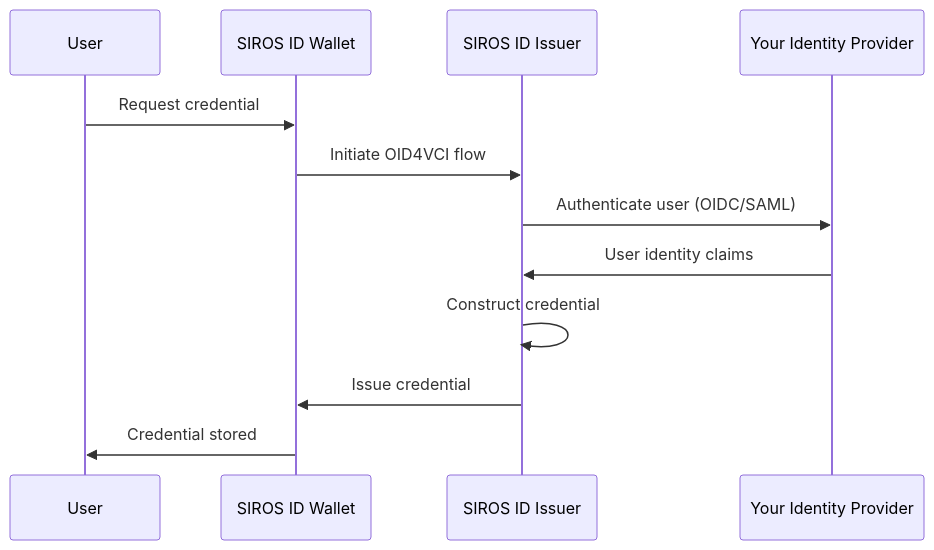
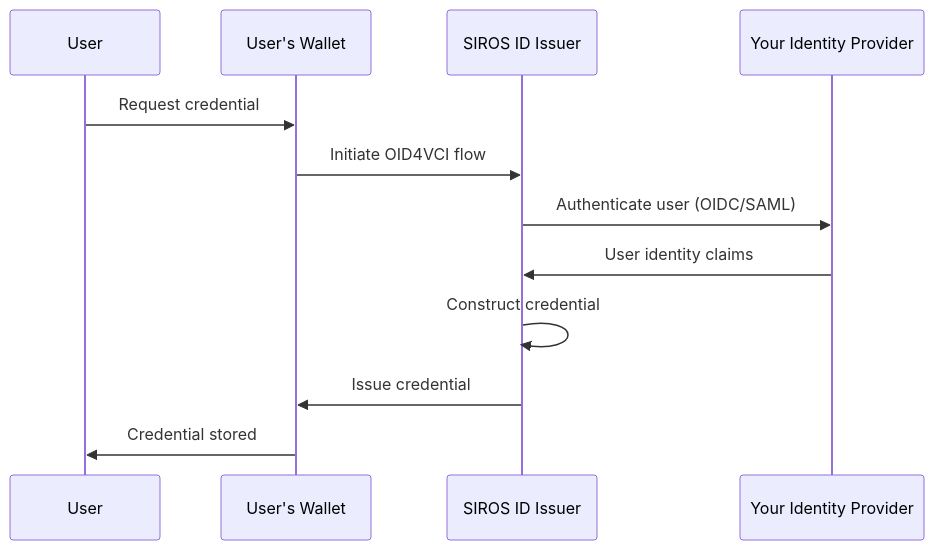
Before and after one commit to sirosfoundation/docs: the diagram in docs/sirosid/issuers/issuer.md, drawn with Mermaid. The commit also changed other lines of this file, not shown here.

````diff
--- a/docs/sirosid/issuers/issuer.md
+++ b/docs/sirosid/issuers/issuer.md
@@ -58,15 +67,15 @@
 ```mermaid
 sequenceDiagram
     participant User
-    participant Wallet as SIROS ID Wallet
+    participant Wallet as User's Wallet
     participant Issuer as SIROS ID Issuer
     participant IdP as Your Identity Provider
 
     User->>Wallet: Request credential
     Wallet->>Issuer: Initiate OID4VCI flow
     Issuer->>IdP: Authenticate user (OIDC/SAML)
     IdP->>Issuer: User identity claims
     Issuer->>Issuer: Construct credential
     Issuer->>Wallet: Issue credential
     Wallet->>User: Credential stored
 ```
````
